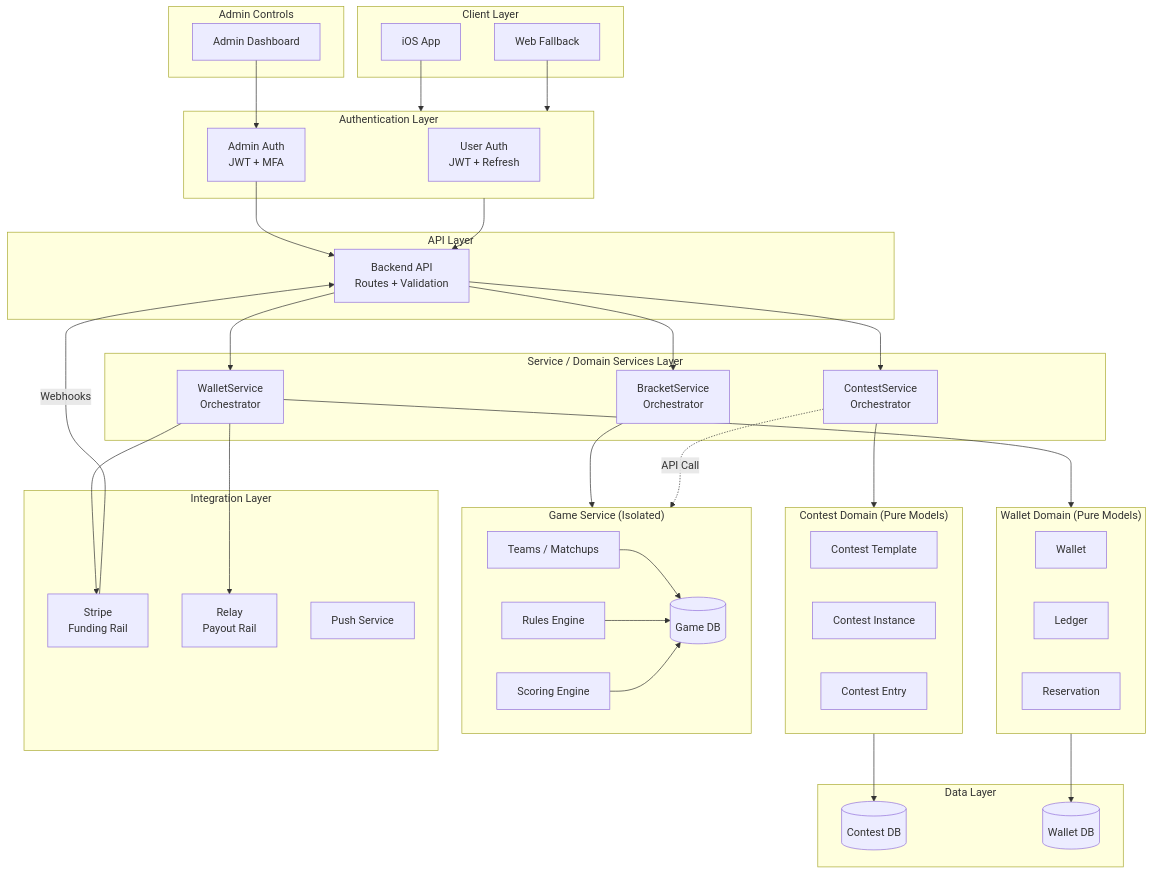
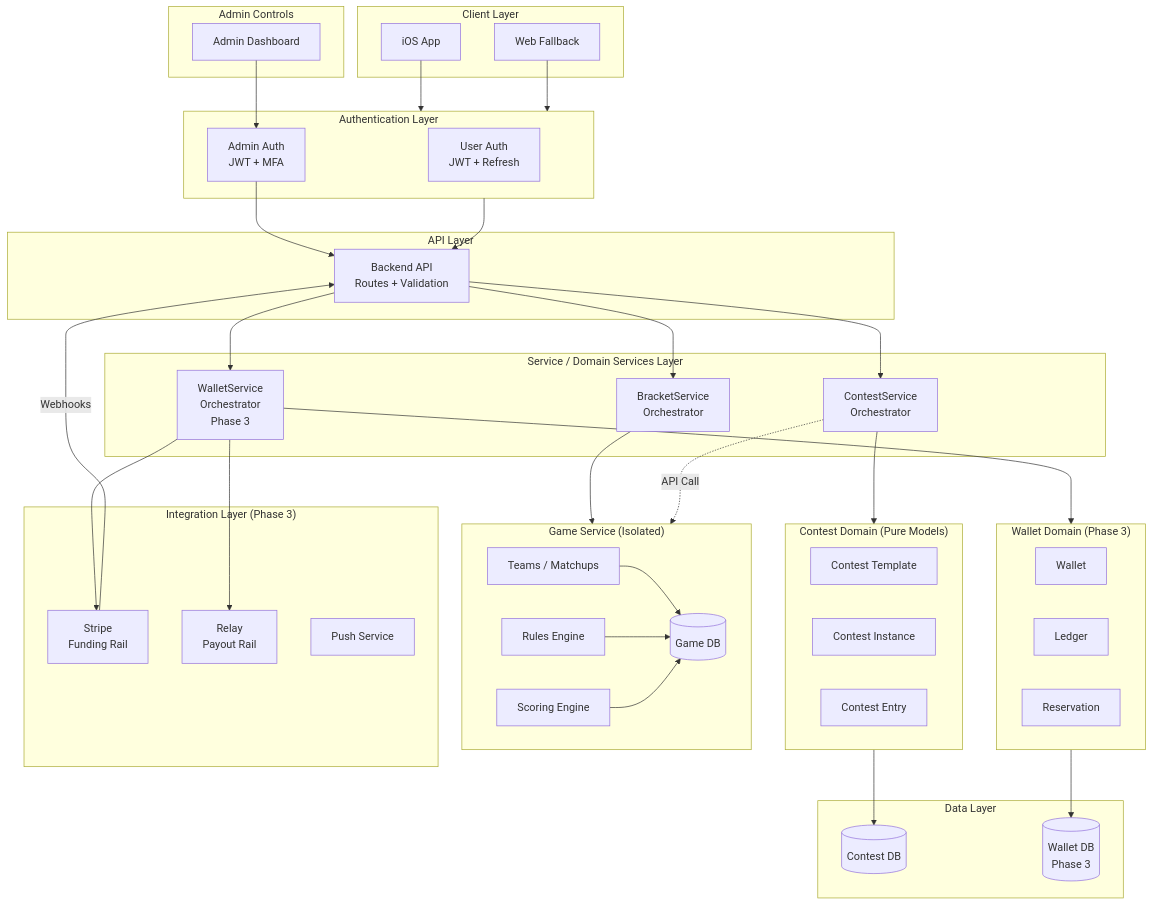
One commit to GreenbowAlabama/PlayoffChallenge changed the diagram in docs/planning/hesonfire.md. Above: the diagram before and after it, drawn with Mermaid. The commit also changed other lines of this file, not shown here.

```diff
--- a/docs/planning/hesonfire.md
+++ b/docs/planning/hesonfire.md
@@ -2029,7 +2112,7 @@
 %% SERVICE LAYER
 subgraph Services["Service / Domain Services Layer"]
   ContestSvc[ContestService<br/>Orchestrator]
-  WalletSvc[WalletService<br/>Orchestrator]
+  WalletSvc[WalletService<br/>Orchestrator<br/>Phase 3]
   BracketSvc[BracketService<br/>Orchestrator]
 end
 
@@ -2040,7 +2123,7 @@
   Entry[Contest Entry]
 end
 
-subgraph WalletDomain["Wallet Domain (Pure Models)"]
+subgraph WalletDomain["Wallet Domain (Phase 3)"]
   Wallet[Wallet]
   Ledger[Ledger]
   Reservation[Reservation]
@@ -2057,11 +2140,11 @@
 %% DATA LAYER
 subgraph Data["Data Layer"]
   ContestDB[(Contest DB)]
-  WalletDB[(Wallet DB)]
+  WalletDB[(Wallet DB<br/>Phase 3)]
 end
 
 %% INTEGRATIONS
-subgraph Integrations["Integration Layer"]
+subgraph Integrations["Integration Layer (Phase 3)"]
   Stripe[Stripe<br/>Funding Rail]
   Relay[Relay<br/>Payout Rail]
   Push[Push Service]
```
